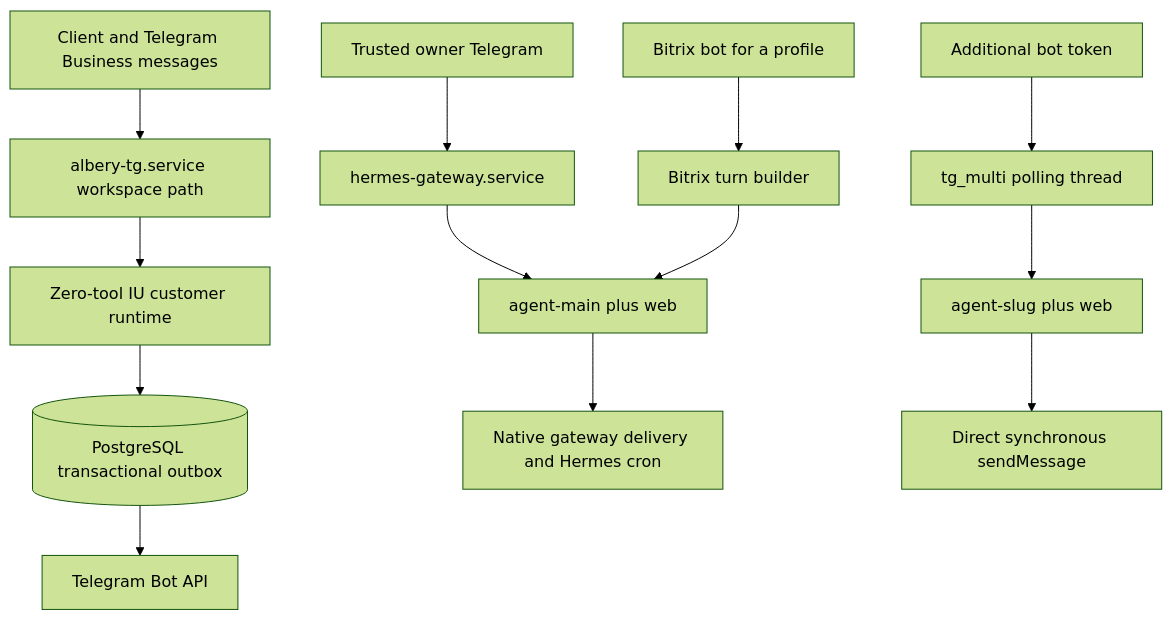
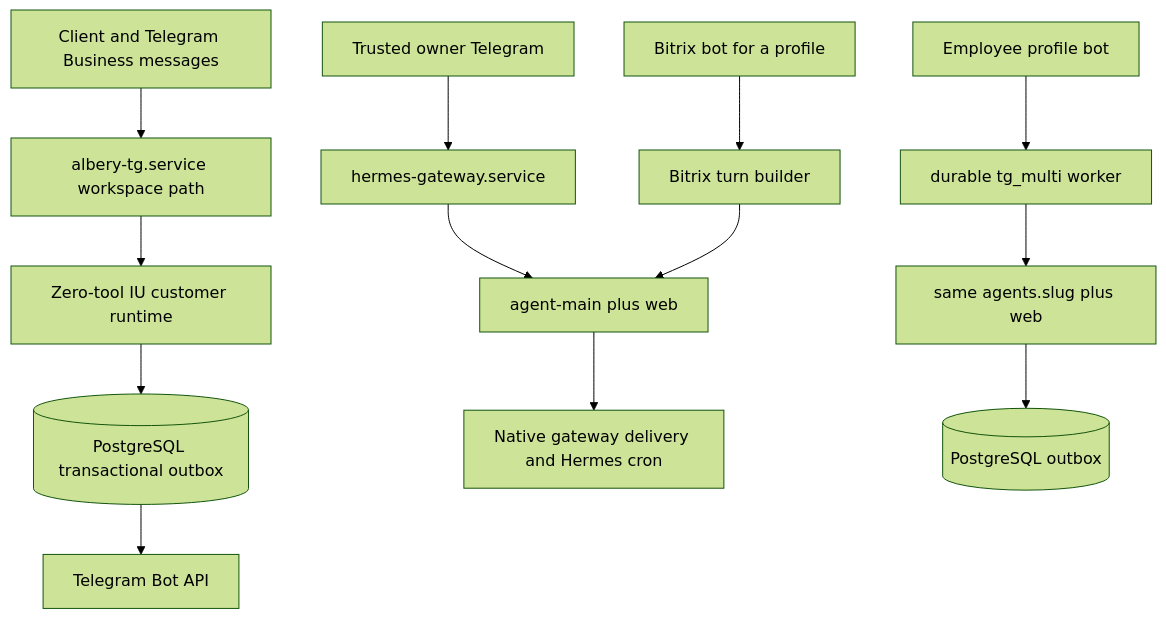
The third of 5 diagrams in docs/audit/architecture/CURRENT.md (xotizwf-create/Albery), drawn with Mermaid (forest theme) before and after one commit. The commit also changed other lines of this file and 4 other files, not shown here.

````diff
--- a/docs/audit/architecture/CURRENT.md
+++ b/docs/audit/architecture/CURRENT.md
@@ -98,18 +99,18 @@
 ```mermaid
 flowchart TD
     C[Client and Telegram Business messages] --> W[albery-tg.service workspace path]
     W --> Z[Zero-tool IU customer runtime]
     Z --> O[(PostgreSQL transactional outbox)]
     O --> API[Telegram Bot API]
 
     T[Trusted owner Telegram] --> G[hermes-gateway.service]
     G --> M[agent-main plus web]
     M --> GD[Native gateway delivery and Hermes cron]
 
-    X[Additional bot token] --> P[tg_multi polling thread]
-    P --> A[agent-slug plus web]
-    A --> DS[Direct synchronous sendMessage]
+    X[Employee profile bot] --> P[durable tg_multi worker]
+    P --> A[same agents.slug plus web]
+    A --> DS[(PostgreSQL outbox)]
 
     BA[Bitrix bot for a profile] --> BP[Bitrix turn builder]
     BP --> M
 ```
````
